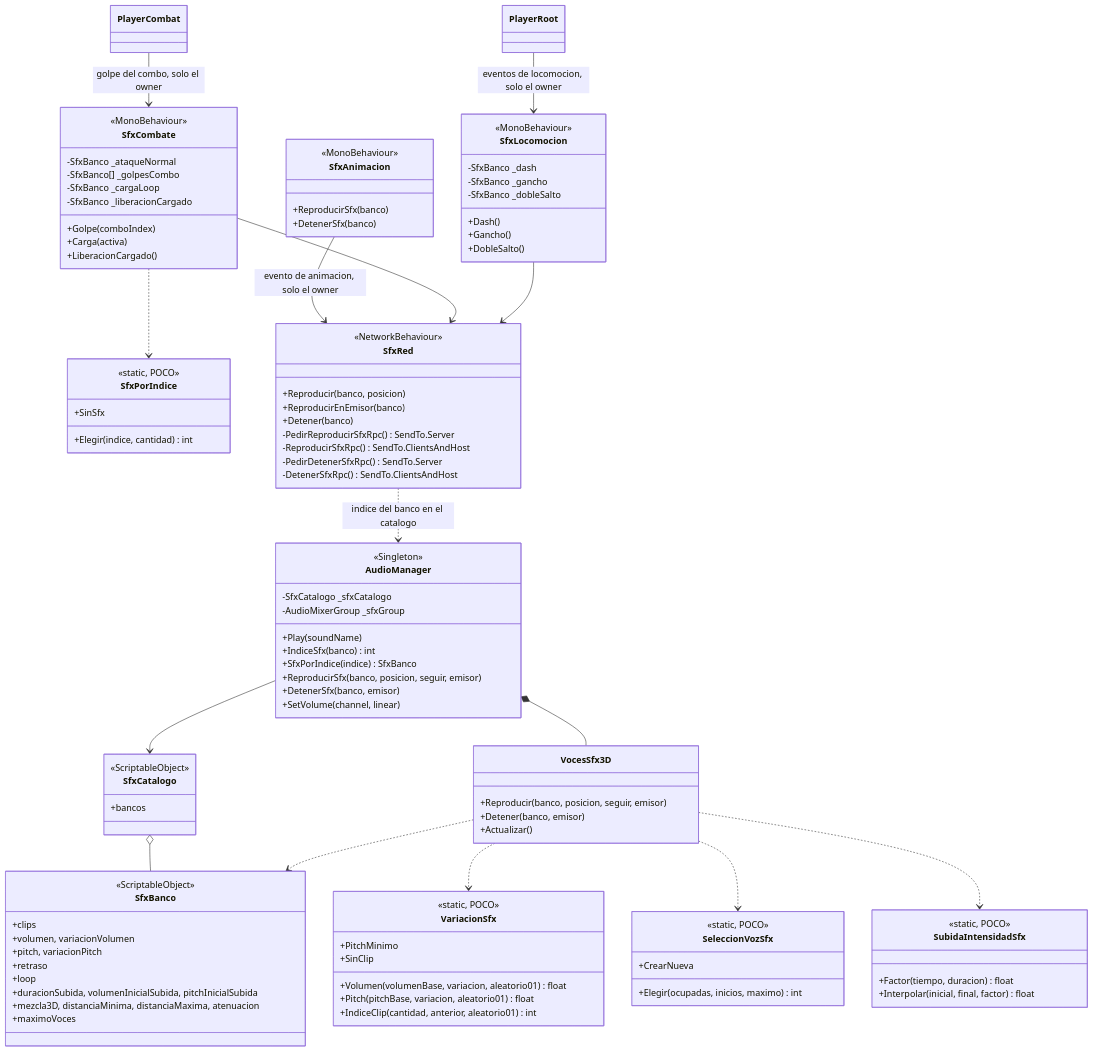
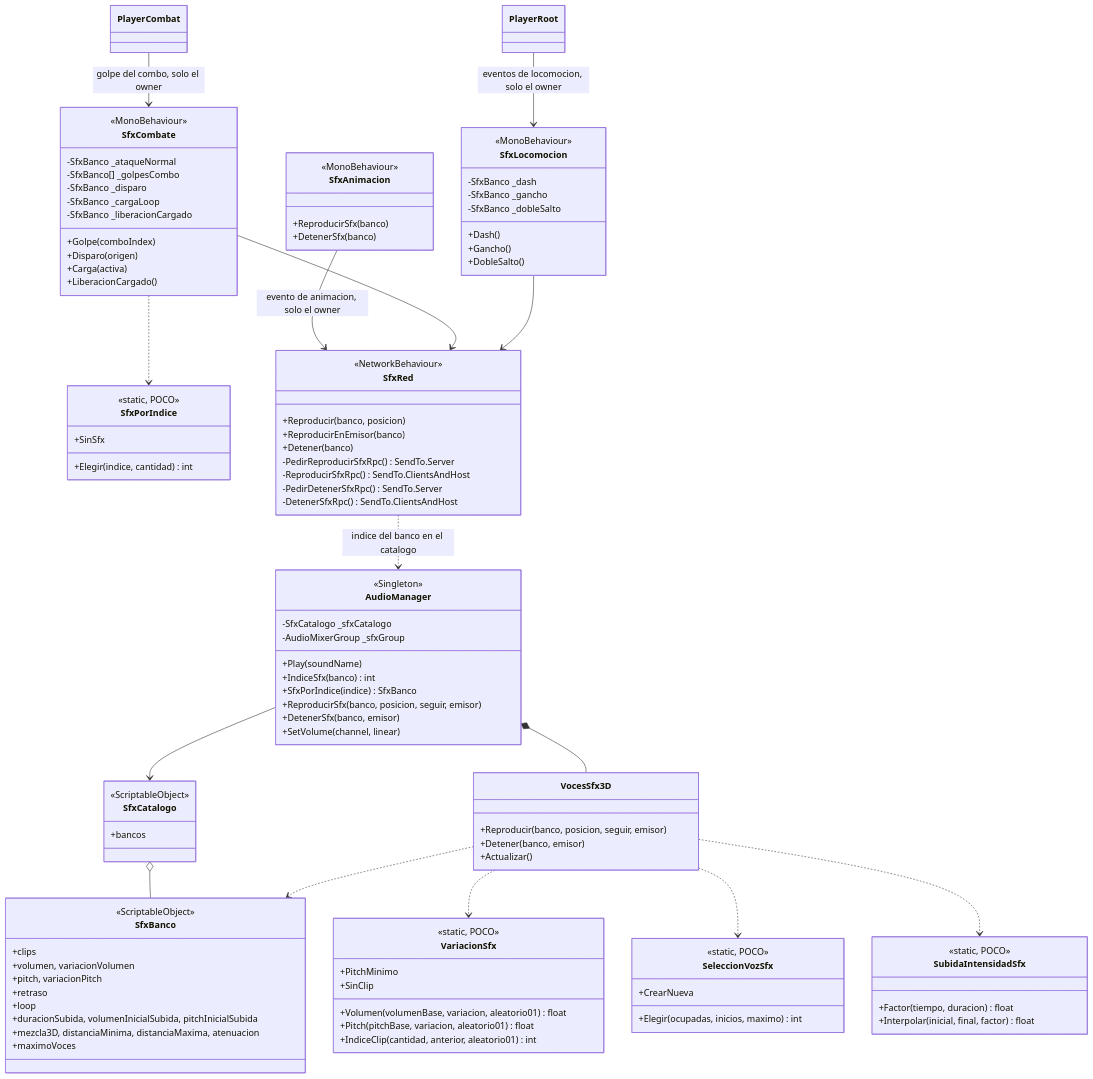
Before and after one commit to VicBojoDev10/DeathOfMeaningRepo: the diagram in docs/diagrams/audio.mermaid, drawn with Mermaid.

Commit message:
doc: add ranged shot sound to the audio diagram

```diff
--- a/docs/diagrams/audio.mermaid
+++ b/docs/diagrams/audio.mermaid
@@ -1,115 +1,117 @@
 classDiagram
     class VariacionSfx {
         <<static, POCO>>
         +PitchMinimo
         +SinClip
         +Volumen(volumenBase, variacion, aleatorio01) float
         +Pitch(pitchBase, variacion, aleatorio01) float
         +IndiceClip(cantidad, anterior, aleatorio01) int
     }
 
     class SeleccionVozSfx {
         <<static, POCO>>
         +CrearNueva
         +Elegir(ocupadas, inicios, maximo) int
     }
 
     class SfxPorIndice {
         <<static, POCO>>
         +SinSfx
         +Elegir(indice, cantidad) int
     }
 
     class SfxCombate {
         <<MonoBehaviour>>
         -SfxBanco _ataqueNormal
         -SfxBanco[] _golpesCombo
+        -SfxBanco _disparo
         -SfxBanco _cargaLoop
         -SfxBanco _liberacionCargado
         +Golpe(comboIndex)
+        +Disparo(origen)
         +Carga(activa)
         +LiberacionCargado()
     }
 
     class SfxLocomocion {
         <<MonoBehaviour>>
         -SfxBanco _dash
         -SfxBanco _gancho
         -SfxBanco _dobleSalto
         +Dash()
         +Gancho()
         +DobleSalto()
     }
 
     class SubidaIntensidadSfx {
         <<static, POCO>>
         +Factor(tiempo, duracion) float
         +Interpolar(inicial, final, factor) float
     }
 
     class SfxBanco {
         <<ScriptableObject>>
         +clips
         +volumen, variacionVolumen
         +pitch, variacionPitch
         +retraso
         +loop
         +duracionSubida, volumenInicialSubida, pitchInicialSubida
         +mezcla3D, distanciaMinima, distanciaMaxima, atenuacion
         +maximoVoces
     }
 
     class SfxCatalogo {
         <<ScriptableObject>>
         +bancos
     }
 
     class AudioManager {
         <<Singleton>>
         -SfxCatalogo _sfxCatalogo
         -AudioMixerGroup _sfxGroup
         +Play(soundName)
         +IndiceSfx(banco) int
         +SfxPorIndice(indice) SfxBanco
         +ReproducirSfx(banco, posicion, seguir, emisor)
         +DetenerSfx(banco, emisor)
         +SetVolume(channel, linear)
     }
 
     class VocesSfx3D {
         +Reproducir(banco, posicion, seguir, emisor)
         +Detener(banco, emisor)
         +Actualizar()
     }
 
     class SfxRed {
         <<NetworkBehaviour>>
         +Reproducir(banco, posicion)
         +ReproducirEnEmisor(banco)
         +Detener(banco)
         -PedirReproducirSfxRpc() SendTo.Server
         -ReproducirSfxRpc() SendTo.ClientsAndHost
         -PedirDetenerSfxRpc() SendTo.Server
         -DetenerSfxRpc() SendTo.ClientsAndHost
     }
 
     class SfxAnimacion {
         <<MonoBehaviour>>
         +ReproducirSfx(banco)
         +DetenerSfx(banco)
     }
 
     SfxCatalogo o-- SfxBanco
     AudioManager --> SfxCatalogo
     AudioManager *-- VocesSfx3D
     VocesSfx3D ..> VariacionSfx
     VocesSfx3D ..> SeleccionVozSfx
     VocesSfx3D ..> SfxBanco
     SfxRed ..> AudioManager : indice del banco en el catalogo
     SfxAnimacion --> SfxRed : evento de animacion, solo el owner
     PlayerCombat --> SfxCombate : golpe del combo, solo el owner
     SfxCombate ..> SfxPorIndice
     SfxCombate --> SfxRed
     VocesSfx3D ..> SubidaIntensidadSfx
     PlayerRoot --> SfxLocomocion : eventos de locomocion, solo el owner
     SfxLocomocion --> SfxRed
```
